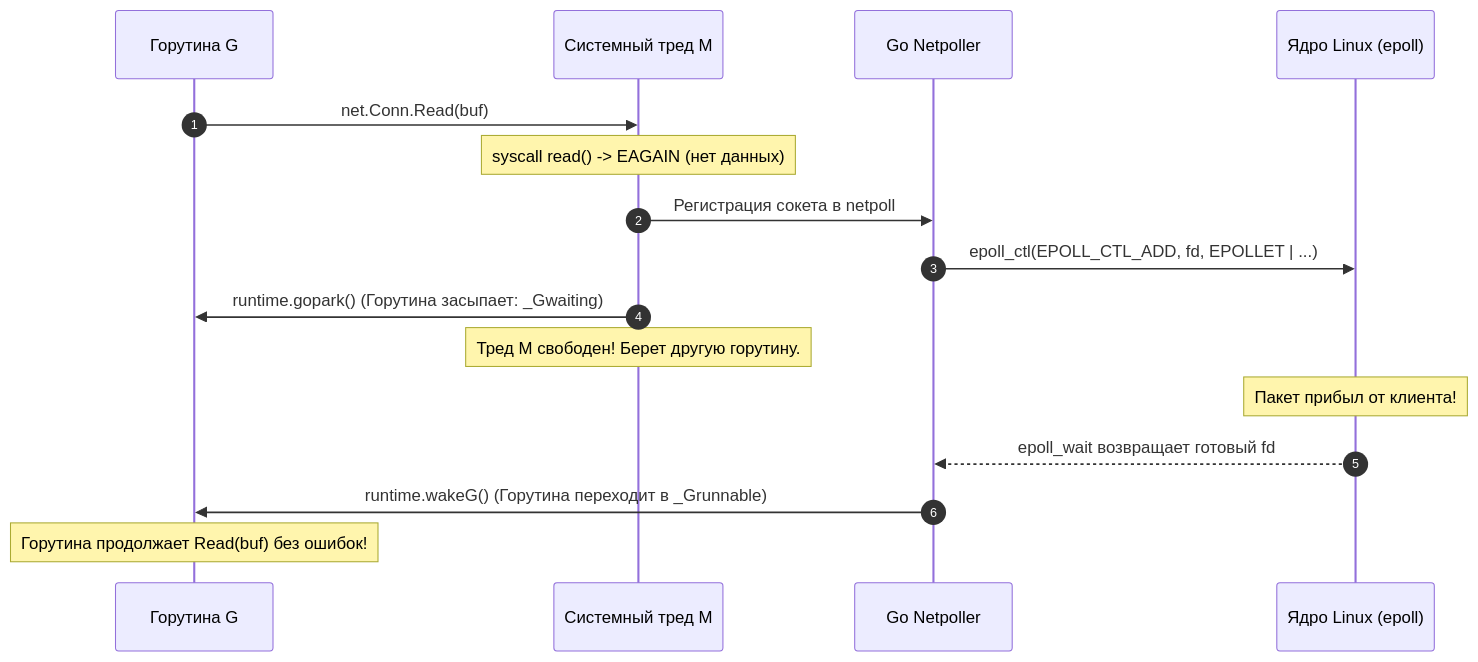
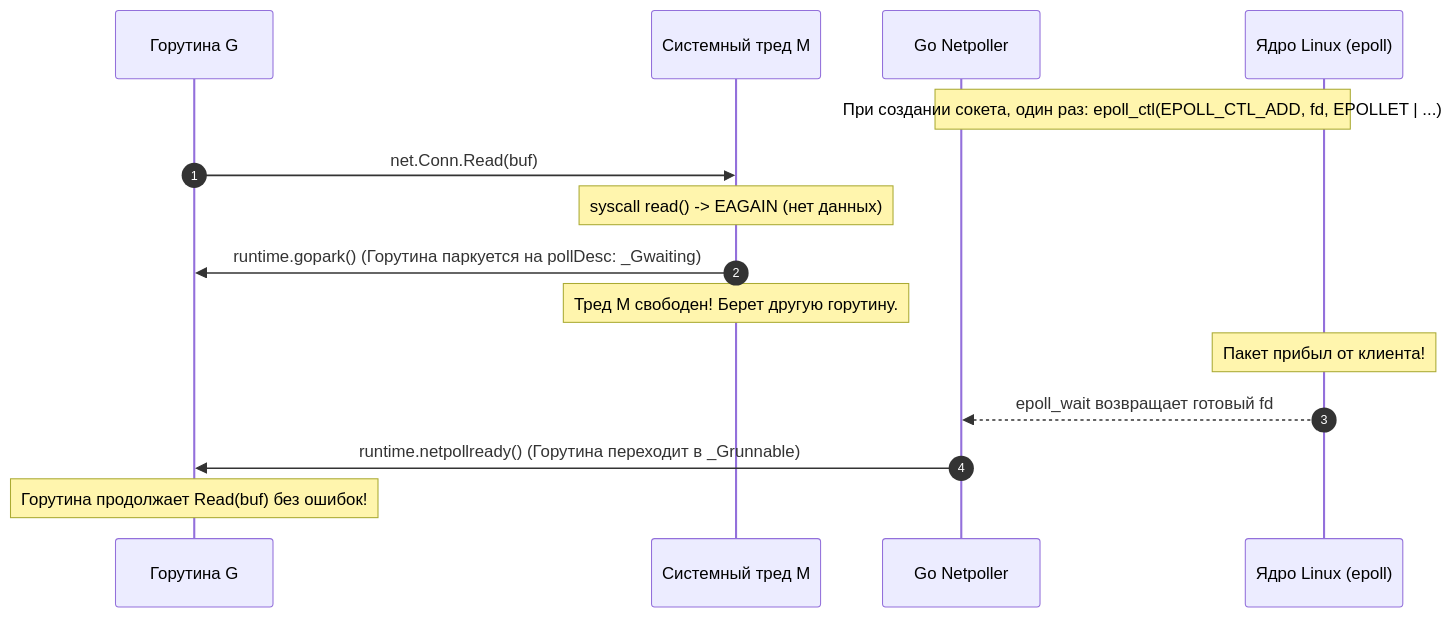
The fifth of 5 diagrams in sources/2. Устройство и работа ОС/36. select, poll и epoll.md (UnrealTemplier/go-textbook-ru), drawn with Mermaid before and after one commit. The commit also changed other lines of this file and 59 other files, not shown here.

````diff
--- a/sources/2. Устройство и работа ОС/36. select, poll и epoll.md
+++ b/sources/2. Устройство и работа ОС/36. select, poll и epoll.md
@@ -254,20 +254,19 @@
 ```mermaid
 sequenceDiagram
     autonumber
     participant G as Горутина G
     participant M as Системный тред M
     participant NP as Go Netpoller
     participant K as Ядро Linux (epoll)
 
+    Note over NP,K: При создании сокета, один раз: epoll_ctl(EPOLL_CTL_ADD, fd, EPOLLET | ...)
     G->>M: net.Conn.Read(buf)
     Note over M: syscall read() -> EAGAIN (нет данных)
-    M->>NP: Регистрация сокета в netpoll
-    NP->>K: epoll_ctl(EPOLL_CTL_ADD, fd, EPOLLET | ...)
-    M->>G: runtime.gopark() (Горутина засыпает: _Gwaiting)
+    M->>G: runtime.gopark() (Горутина паркуется на pollDesc: _Gwaiting)
     Note over M: Тред M свободен! Берет другую горутину.
 
     Note over K: Пакет прибыл от клиента!
     K-->>NP: epoll_wait возвращает готовый fd
-    NP->>G: runtime.wakeG() (Горутина переходит в _Grunnable)
+    NP->>G: runtime.netpollready() (Горутина переходит в _Grunnable)
     Note over G: Горутина продолжает Read(buf) без ошибок!
 ```
````
